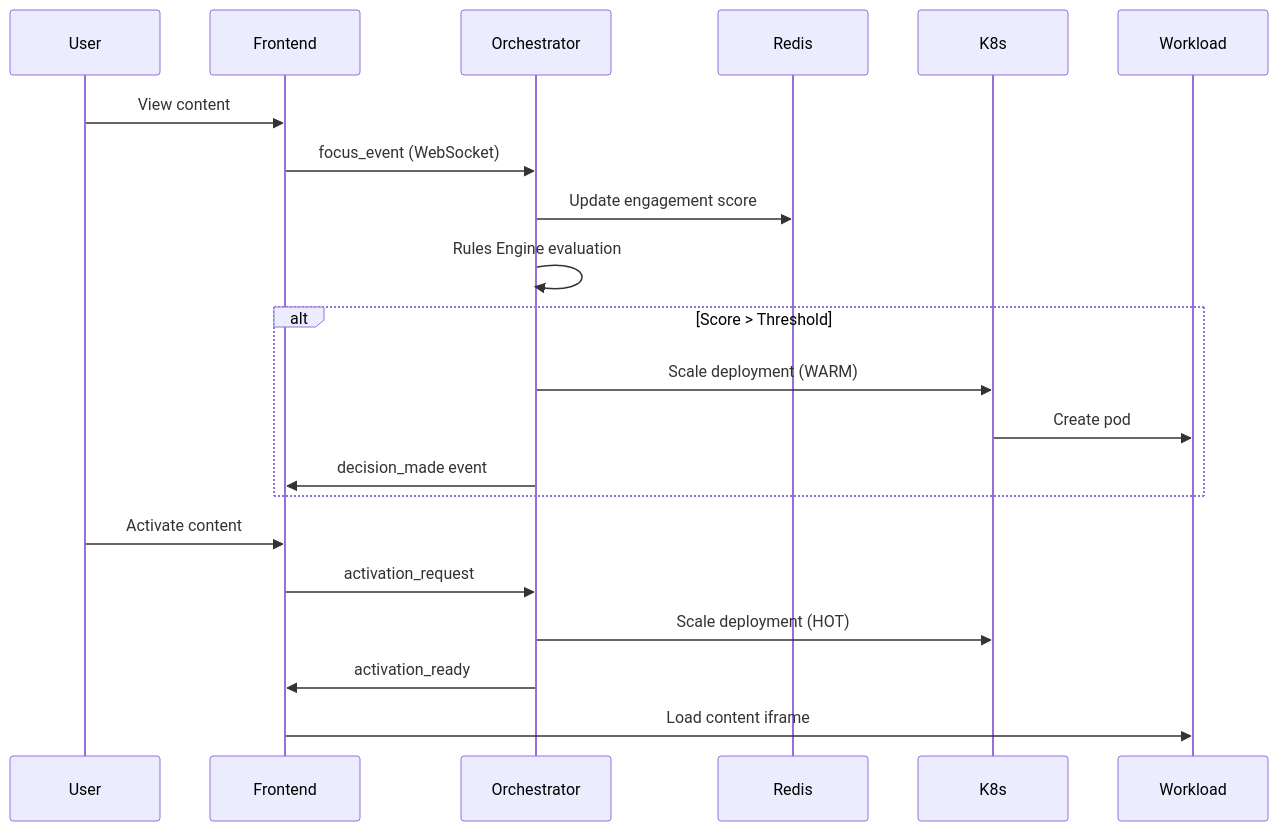
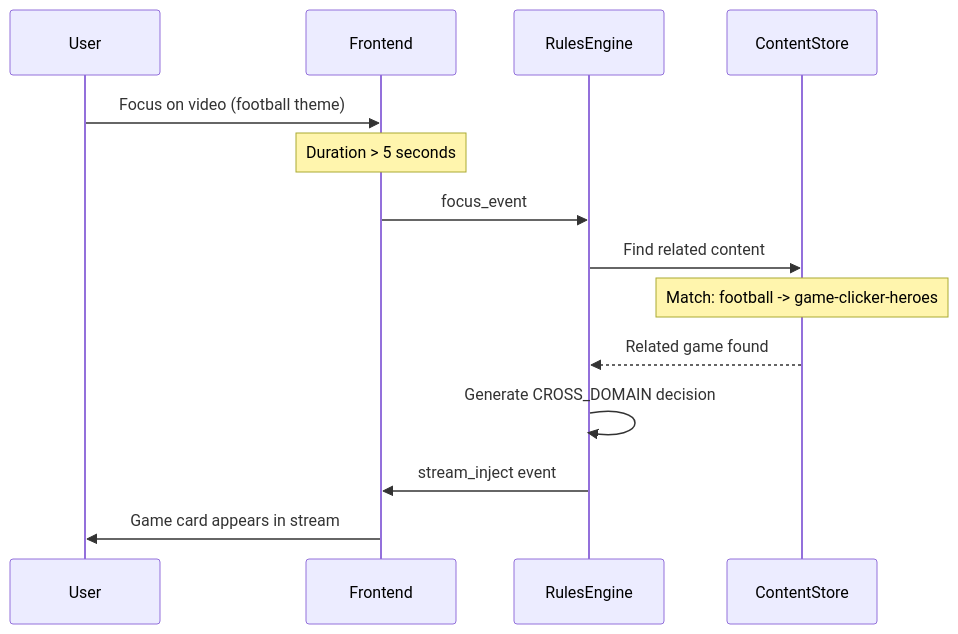
Before and after one commit to ChanMeng666/gavigo: the sixth of 8 diagrams in README.md, drawn with Mermaid. The commit also changed other lines of this file and 3 other files, not shown here.

````diff
--- a/README.md
+++ b/README.md
@@ -130,26 +255,17 @@
 ```mermaid
 sequenceDiagram
     participant User
     participant Frontend
-    participant Orchestrator
-    participant Redis
-    participant K8s
-    participant Workload
+    participant RulesEngine
+    participant ContentStore
 
-    User->>Frontend: View content
-    Frontend->>Orchestrator: focus_event (WebSocket)
-    Orchestrator->>Redis: Update engagement score
-    Orchestrator->>Orchestrator: Rules Engine evaluation
-
-    alt Score > Threshold
-        Orchestrator->>K8s: Scale deployment (WARM)
-        K8s->>Workload: Create pod
-        Orchestrator->>Frontend: decision_made event
-    end
-
-    User->>Frontend: Activate content
-    Frontend->>Orchestrator: activation_request
-    Orchestrator->>K8s: Scale deployment (HOT)
-    Orchestrator->>Frontend: activation_ready
-    Frontend->>Workload: Load content iframe
+    User->>Frontend: Focus on video (football theme)
+    Note over Frontend: Duration > 5 seconds
+    Frontend->>RulesEngine: focus_event
+    RulesEngine->>ContentStore: Find related content
+    Note over ContentStore: Match: football -> game-clicker-heroes
+    ContentStore-->>RulesEngine: Related game found
+    RulesEngine->>RulesEngine: Generate CROSS_DOMAIN decision
+    RulesEngine->>Frontend: stream_inject event
+    Frontend->>User: Game card appears in stream
 ```
````
